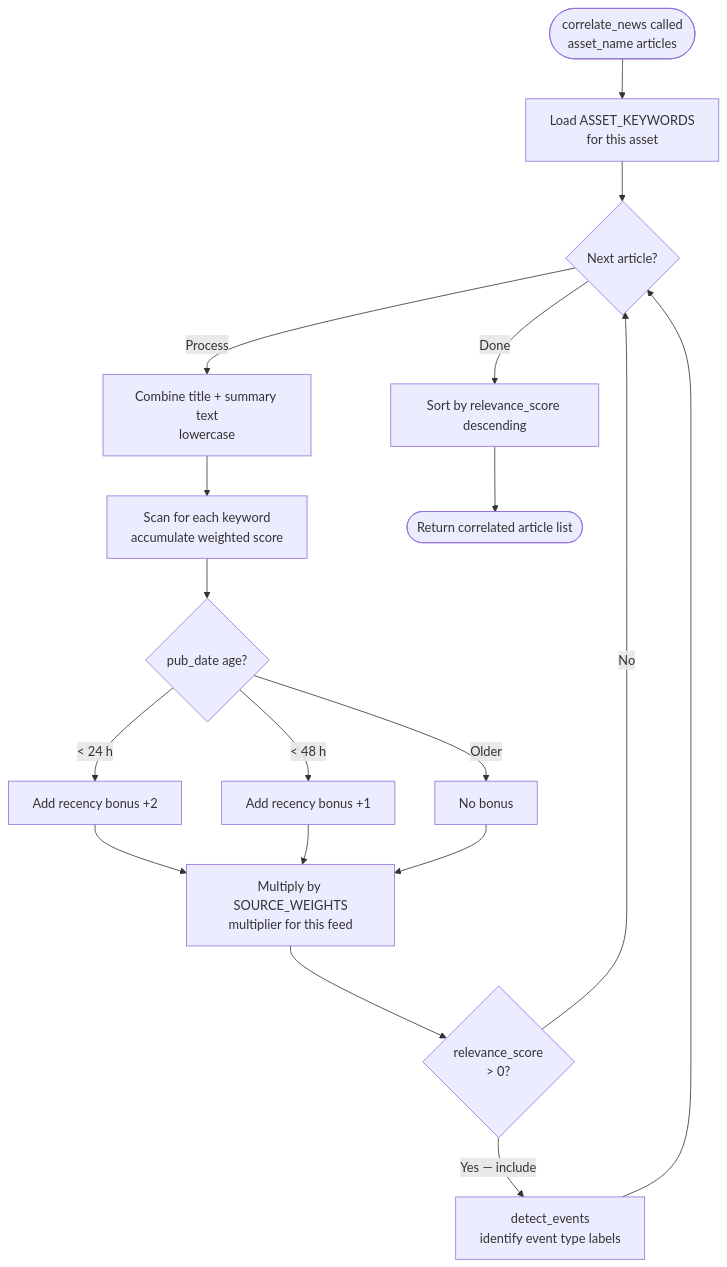
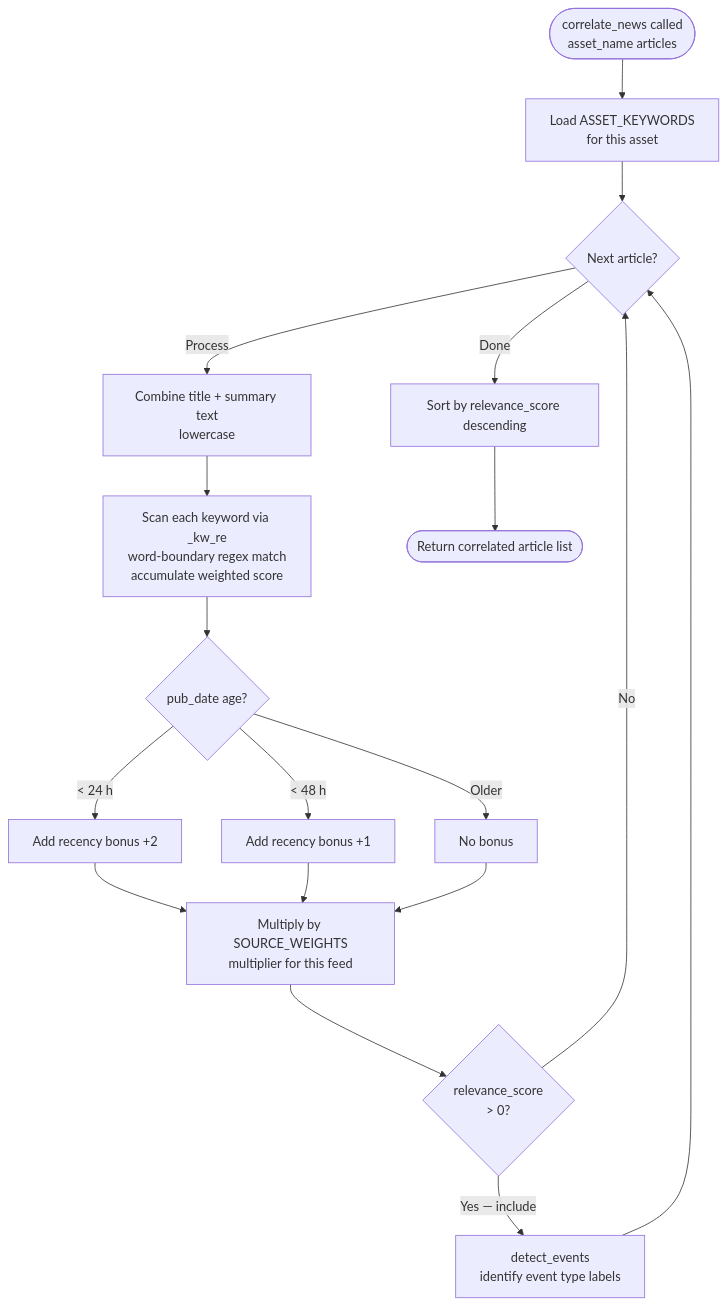
Before and after one commit to SKYLORD69-PY/Pulse-Engine_Market_Intelligence_Platform: the seventh of 15 diagrams in Docs/code_flow.md, drawn with Mermaid. The commit also changed other lines of this file and 3 other files, not shown here.

````diff
--- a/Docs/code_flow.md
+++ b/Docs/code_flow.md
@@ -176,27 +211,27 @@
 ```mermaid
 flowchart TD
     CALL([correlate_news called\nasset_name articles]) --> KWLOOKUP[Load ASSET_KEYWORDS\nfor this asset]
 
     KWLOOKUP --> ARTLOOP{Next article?}
     ARTLOOP -->|Done| SORT
 
     ARTLOOP -->|Process| TEXT[Combine title + summary text\nlowercase]
-    TEXT --> KWSCAN[Scan for each keyword\naccumulate weighted score]
+    TEXT --> KWSCAN[Scan each keyword via _kw_re\nword-boundary regex match\naccumulate weighted score]
 
     KWSCAN --> RECENCY{pub_date age?}
     RECENCY -->|< 24 h| BONUS2[Add recency bonus +2]
     RECENCY -->|< 48 h| BONUS1[Add recency bonus +1]
     RECENCY -->|Older| NOBONUS[No bonus]
 
     BONUS2 --> SRCWEIGHT[Multiply by SOURCE_WEIGHTS\nmultiplier for this feed]
     BONUS1 --> SRCWEIGHT
     NOBONUS --> SRCWEIGHT
 
     SRCWEIGHT --> THRESHOLD{relevance_score\n> 0?}
     THRESHOLD -->|Yes — include| EVENTS[detect_events\nidentify event type labels]
     THRESHOLD -->|No| ARTLOOP
 
     EVENTS --> ARTLOOP
 
     SORT[Sort by relevance_score descending] --> RETURN([Return correlated article list])
 ```
````
